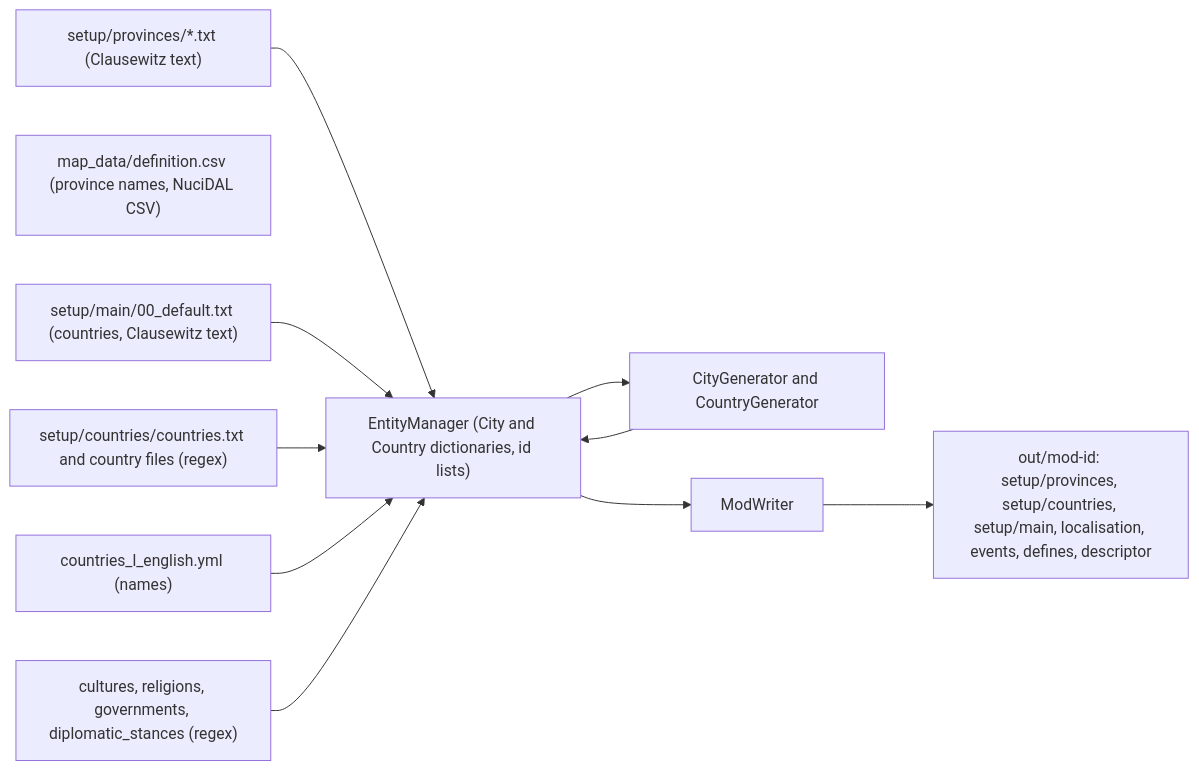
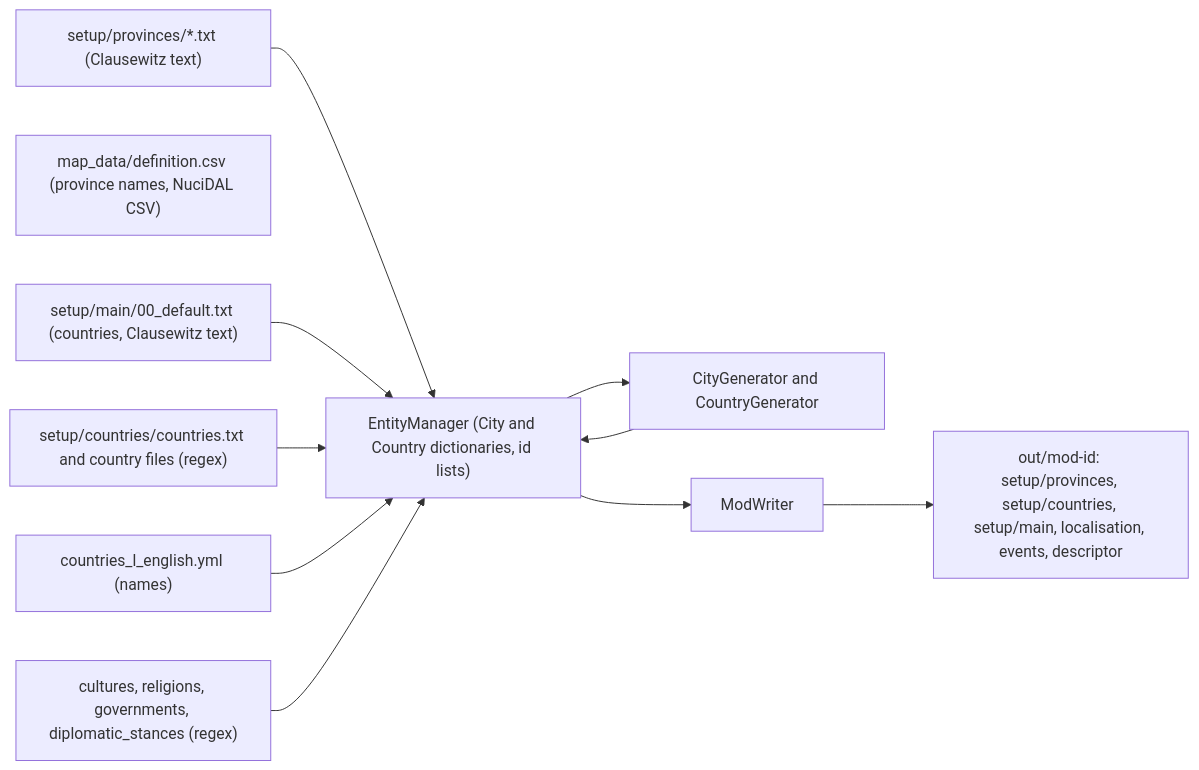
One commit to hmlendea/imperator-shattered-world-generator changed the fourth of 8 diagrams in ARCHITECTURE.md. Above: the diagram before and after it, drawn with Mermaid. The commit also changed other lines of this file and 18 other files, not shown here.

````diff
--- a/ARCHITECTURE.md
+++ b/ARCHITECTURE.md
@@ -211,23 +211,23 @@
 ```mermaid
 flowchart LR
     provinces["setup/provinces/*.txt (Clausewitz text)"]
     definitions["map_data/definition.csv (province names, NuciDAL CSV)"]
     setup["setup/main/00_default.txt (countries, Clausewitz text)"]
     countriesTxt["setup/countries/countries.txt and country files (regex)"]
     loc["countries_l_english.yml (names)"]
     dirs["cultures, religions, governments, diplomatic_stances (regex)"]
     entityManager["EntityManager (City and Country dictionaries, id lists)"]
     generators["CityGenerator and CountryGenerator"]
     writer["ModWriter"]
-    modFiles["out/mod-id: setup/provinces, setup/countries, setup/main, localisation, events, defines, descriptor"]
+    modFiles["out/mod-id: setup/provinces, setup/countries, setup/main, localisation, events, descriptor"]
 
     provinces --> entityManager
     setup --> entityManager
     countriesTxt --> entityManager
     loc --> entityManager
     dirs --> entityManager
     entityManager --> generators
     generators --> entityManager
     entityManager --> writer
     writer --> modFiles
 ```
````
